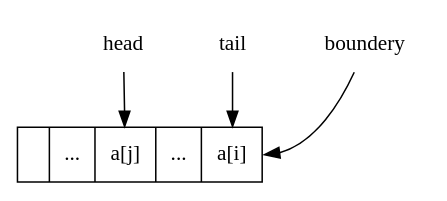
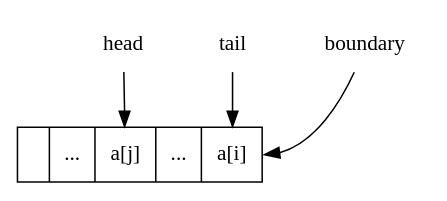
One commit to liuxinyu95/AlgoXY changed the diagram in datastruct/elementary/queue/img/ring-buf-3.dot. Above: the diagram before and after it, drawn with Graphviz. The commit also changed 5 other files, not shown here.

```diff
--- a/datastruct/elementary/queue/img/ring-buf-3.dot
+++ b/datastruct/elementary/queue/img/ring-buf-3.dot
@@ -1,11 +1,11 @@
 digraph G{
 	margin="0"
 	node[shape=record]
 	buf[label=" |...|<h>a[j]|...|<t>a[i]"];
 	head[shape=plaintext];
 	tail[shape=plaintext];
-	boundery[shape=plaintext];
+	boundary[shape=plaintext];
 	head->buf:h;
 	tail->buf:t;
-	boundery->buf:t;
+	boundary->buf:t;
 }
```
